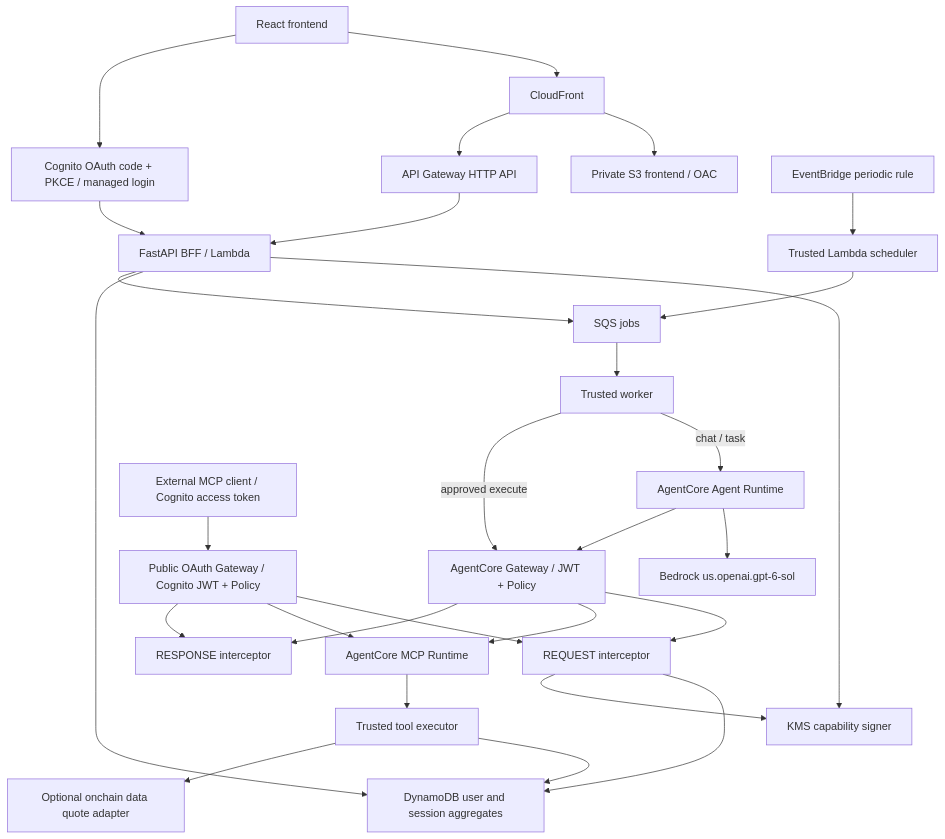
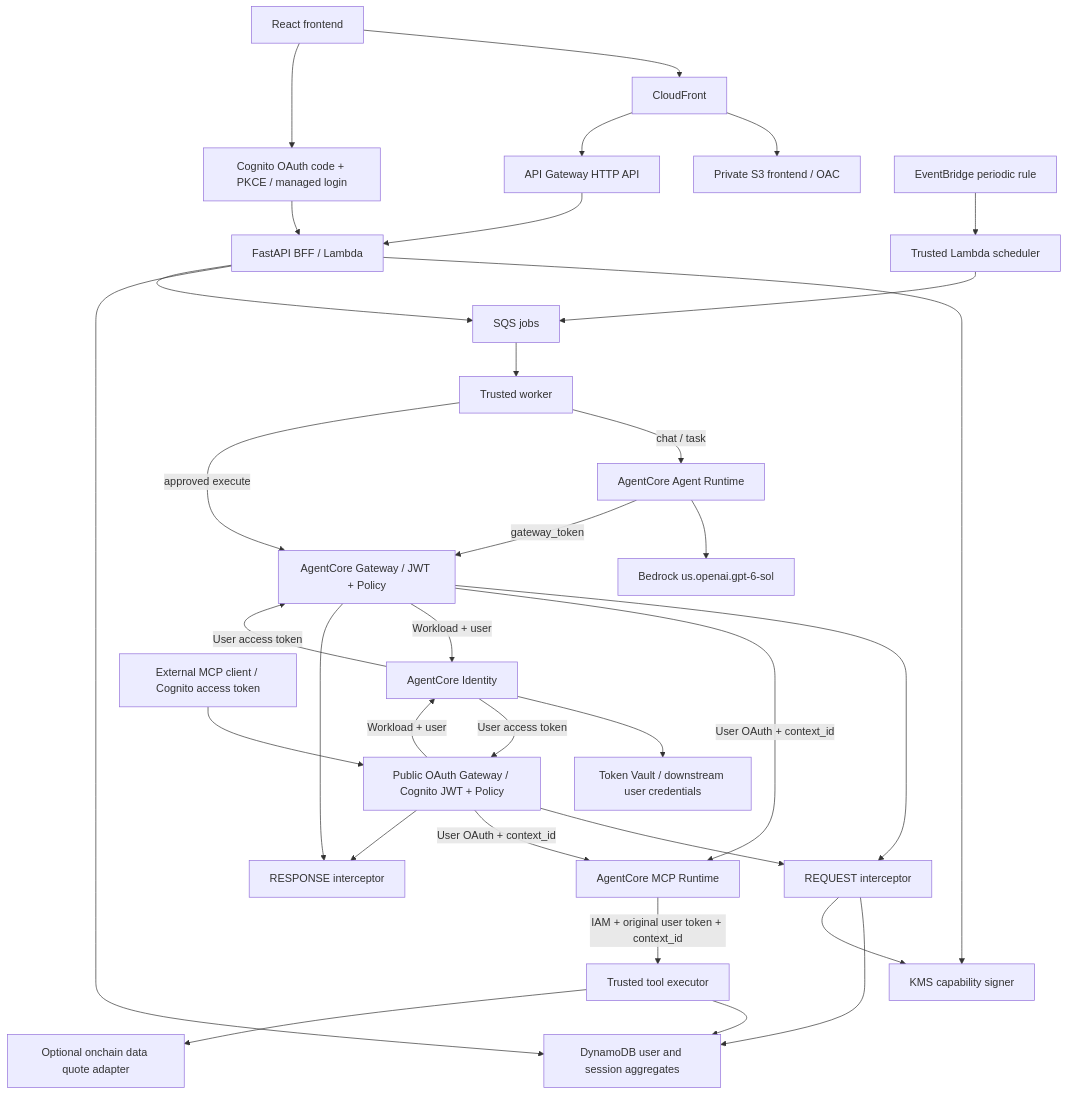
One commit to milan9527/onchain changed the diagram in docs/architecture.md. Above: the diagram before and after it, drawn with Mermaid. The commit also changed other lines of this file and 8 other files, not shown here.

Commit message:
Explain authentication and user isolation with focused AWS flow diagrams

````diff
--- a/docs/architecture.md
+++ b/docs/architecture.md
@@ -9,31 +11,36 @@
 ```mermaid
 flowchart TD
     Browser[React frontend] --> CF[CloudFront]
     CF --> S3[Private S3 frontend / OAC]
     CF --> HTTP[API Gateway HTTP API]
     HTTP --> BFF[FastAPI BFF / Lambda]
     Browser --> Cognito[Cognito OAuth code + PKCE / managed login]
     Cognito --> BFF
     BFF --> KMS[KMS capability signer]
     BFF --> DB[DynamoDB user and session aggregates]
     BFF --> Queue[SQS jobs]
     Queue --> Worker[Trusted worker]
     Worker -->|chat / task| Agent[AgentCore Agent Runtime]
     Worker -->|approved execute| Gateway
     Agent --> Bedrock[Bedrock us.openai.gpt-6-sol]
-    Agent --> Gateway[AgentCore Gateway / JWT + Policy]
+    Agent -->|gateway_token| Gateway[AgentCore Gateway / JWT + Policy]
     Gateway --> Request[REQUEST interceptor]
     Request --> DB
     Request --> KMS
-    Gateway --> MCP[AgentCore MCP Runtime]
-    MCP --> Executor[Trusted tool executor]
+    Gateway -->|User OAuth + context_id| MCP[AgentCore MCP Runtime]
+    Gateway -->|Workload + user| Identity[AgentCore Identity]
+    Identity --> Vault[Token Vault / downstream user credentials]
+    Identity -->|User access token| Gateway
+    MCP -->|IAM + original user token + context_id| Executor[Trusted tool executor]
     Executor --> DB
     Executor --> DataProvider[Optional onchain data quote adapter]
     Gateway --> Response[RESPONSE interceptor]
     External[External MCP client / Cognito access token] --> OAuthGateway[Public OAuth Gateway / Cognito JWT + Policy]
     OAuthGateway --> Request
-    OAuthGateway --> MCP
+    OAuthGateway -->|Workload + user| Identity
+    Identity -->|User access token| OAuthGateway
+    OAuthGateway -->|User OAuth + context_id| MCP
     OAuthGateway --> Response
     Schedule[EventBridge periodic rule] --> Scheduler[Trusted Lambda scheduler]
     Scheduler --> Queue
 ```
````
